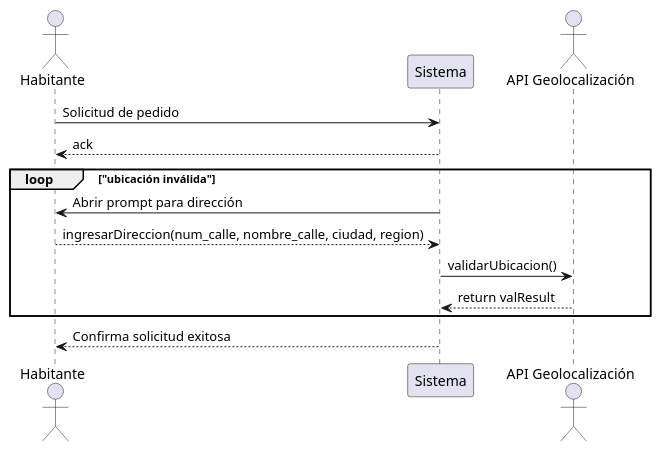
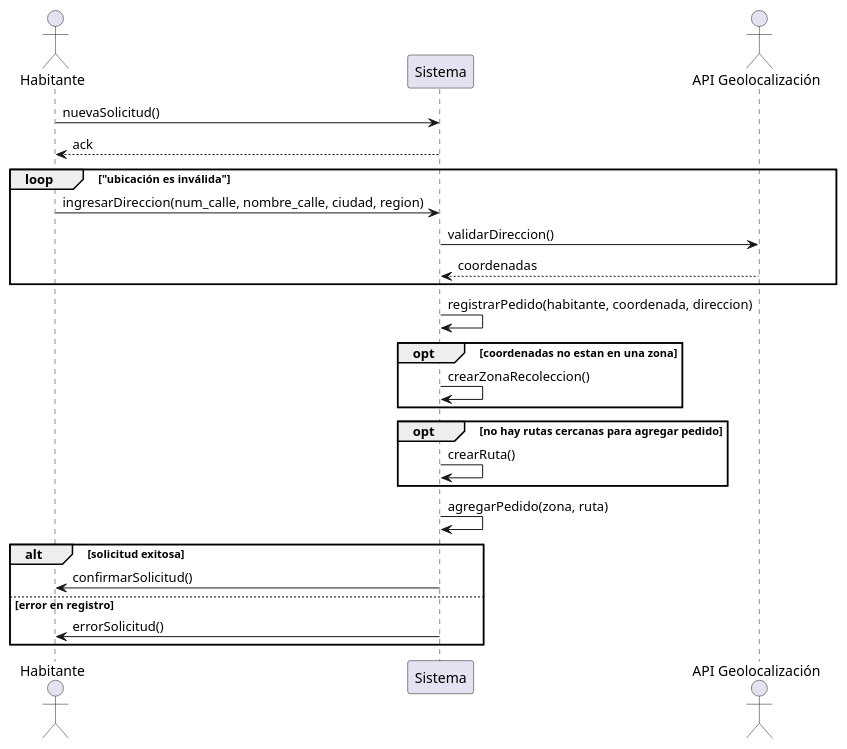
The diagram in dss.puml (parlinhoo/ing-software1), drawn with PlantUML before and after one commit. The commit also changed 1 other file, not shown here.

```diff
--- a/dss.puml
+++ b/dss.puml
@@ -1,18 +1,34 @@
 @startuml
 actor Habitante                 as Habitante
 participant Sistema             as Sistema
 actor "API Geolocalización"     as api_geo
 
-Habitante -> Sistema: Solicitud de pedido
+Habitante -> Sistema: nuevaSolicitud()
 Sistema --> Habitante: ack
 
-loop "ubicación inválida"
-    Sistema -> Habitante: Abrir prompt para dirección
-    Habitante --> Sistema: ingresarDireccion(num_calle, nombre_calle, ciudad, region)
-    Sistema -> api_geo: validarUbicacion()
-    api_geo --> Sistema: return valResult
+loop "ubicación es inválida"
+    Habitante -> Sistema: ingresarDireccion(num_calle, nombre_calle, ciudad, region)
+    Sistema -> api_geo: validarDireccion()
+    api_geo --> Sistema: coordenadas
 end
 
-Sistema --> Habitante: Confirma solicitud exitosa
+Sistema -> Sistema: registrarPedido(habitante, coordenada, direccion)
+
+opt coordenadas no estan en una zona
+		Sistema -> Sistema: crearZonaRecoleccion()
+end
+
+opt no hay rutas cercanas para agregar pedido
+		Sistema -> Sistema: crearRuta()
+end
+
+Sistema -> Sistema: agregarPedido(zona, ruta)
+
+alt solicitud exitosa
+		Sistema -> Habitante: confirmarSolicitud()
+else error en registro
+		Sistema -> Habitante: errorSolicitud()
+end
+
 
 @enduml
```
